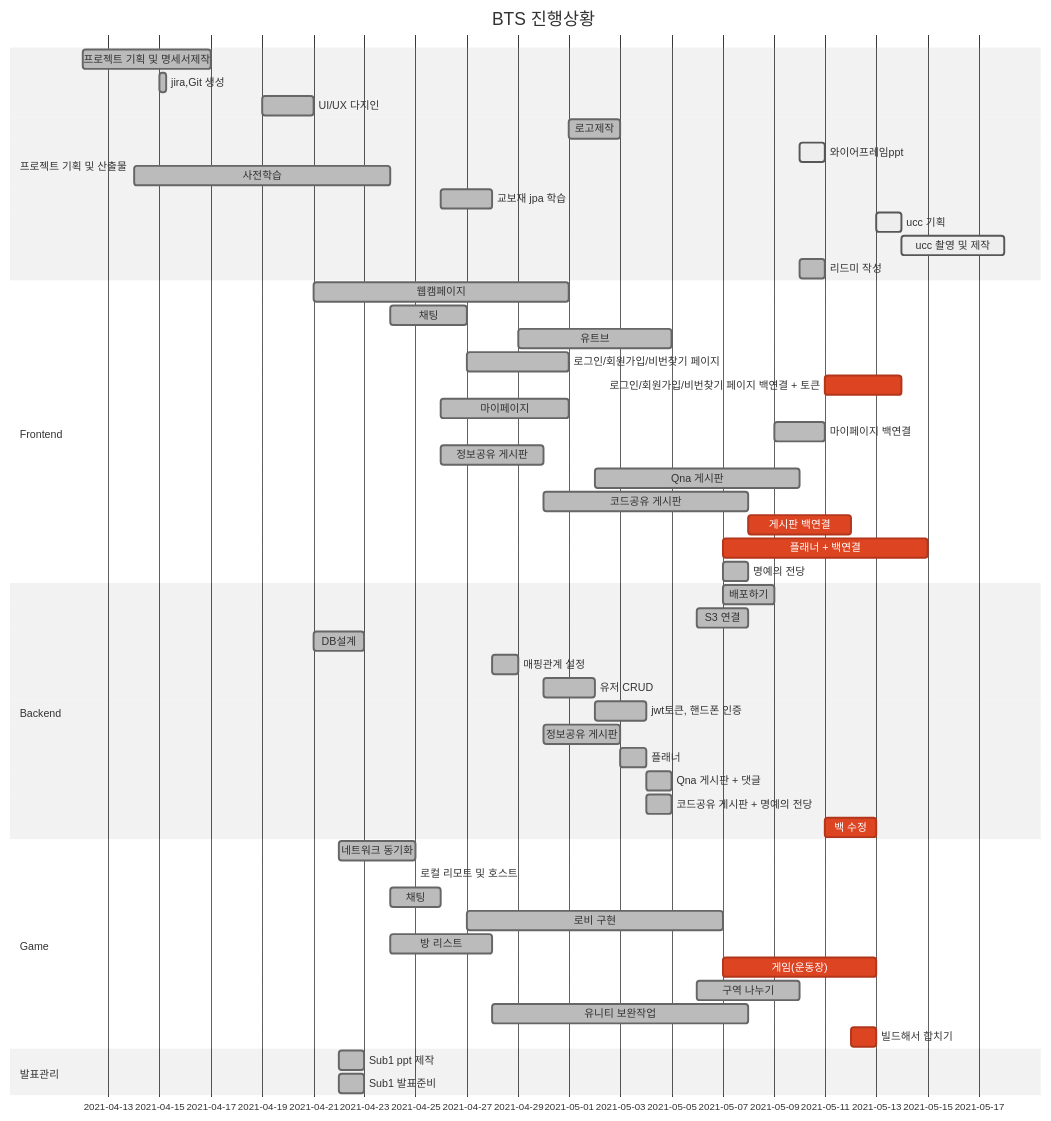
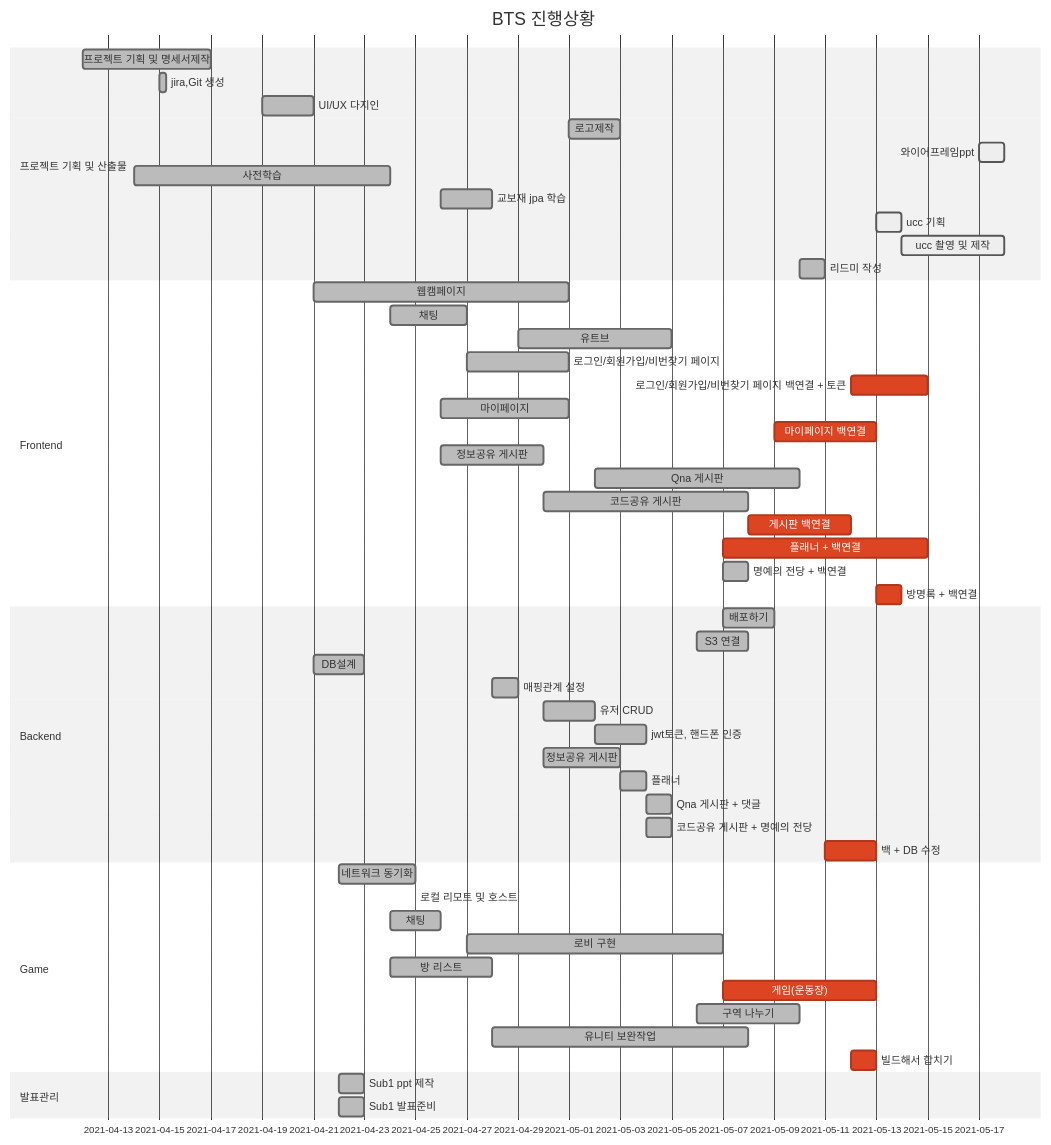
One commit to Luminousjiny/PJT_BTS changed the diagram in README.md. Above: the diagram before and after it, drawn with Mermaid (neutral theme).

Commit message:
간트차트 업데이트

````diff
--- a/README.md
+++ b/README.md
@@ -50,59 +50,60 @@
 ```mermaid
 gantt
     title BTS 진행상황
     dateFormat  YYYY-MM-DD
     section 프로젝트 기획 및 산출물
     프로젝트 기획 및 명세서제작 : done, 2021-04-12, 5d
     jira,Git 생성  :done, 2021-04-15, 6h
     UI/UX 다지인  : done,   2021-04-19, 2d
     로고제작 : done, 2021-05-01, 2d
-    와이어프레임ppt : active, 2021-05-10, 1d
+    와이어프레임ppt : active, 2021-05-17, 1d
     사전학습  : done, 2021-04-14, 10d
     교보재 jpa 학습 : done, 2021-04-26, 2d
     ucc 기획 : active, 2021-05-13, 1d
     ucc 촬영 및 제작 : active, 2021-05-14, 4d
     리드미 작성 : done, 2021-05-10, 1d
 
     section Frontend
     웹캠페이지 : done, 2021-04-21, 10d
     채팅 : done, 2021-04-24, 3d
     유트브 : done, 2021-04-29, 6d
     로그인/회원가입/비번찾기 페이지 : done, 2021-04-27, 4d
-    로그인/회원가입/비번찾기 페이지 백연결 + 토큰 : crit, 2021-05-11, 3d
+    로그인/회원가입/비번찾기 페이지 백연결 + 토큰 : crit, 2021-05-12, 3d
     마이페이지 : done, 2021-04-26, 5d
-    마이페이지 백연결 : done, 2021-05-09, 2d
+    마이페이지 백연결 : crit, 2021-05-09, 4d
     정보공유 게시판 : done, 2021-04-26, 4d
     Qna 게시판 : done, 2021-05-02, 8d
     코드공유 게시판 : done, 2021-04-30, 8d
     게시판 백연결 : crit, 2021-05-08, 4d
     플래너 + 백연결 : crit, 2021-05-07, 8d
-    명예의 전당 : done, 2021-05-07, 1d
+    명예의 전당 + 백연결 : done, 2021-05-07, 1d
+    방명록 + 백연결 : crit, 2021-05-13, 1d
     
     section Backend
     배포하기 : done, 2021-05-07, 2d
     S3 연결 : done, 2021-05-06, 2d
     DB설계 : done, 2021-04-21, 2d
     매핑관계 설정 : done, 2021-04-28, 1d
     유저 CRUD : done, 2021-04-30, 2d
     jwt토큰, 핸드폰 인증 : done, 2021-05-02,2d 
     정보공유 게시판 : done, 2021-04-30, 3d
     플래너 : done, 2021-05-03, 1d
     Qna 게시판 + 댓글 : done, 2021-05-04, 1d
     코드공유 게시판 + 명예의 전당 : done, 2021-05-04, 1d 
-    백 수정 : crit, 2021-05-11, 2d
+    백 + DB 수정 : crit, 2021-05-11, 2d
     
     section Game
 	네트워크 동기화 : done, 2021-04-22, 3d
 	로컬 리모트 및 호스트 : done, 2021-04-23 1d
 	채팅 : done, 2021-04-24, 2d
 	로비 구현 : done, 2021-04-27, 10d
     방 리스트 : done, 2021-04-24, 4d
     게임(운동장) : crit, 2021-05-07,6d
     구역 나누기 : done, 2021-05-06, 4d
     유니티 보완작업 : done, 2021-04-28, 10d
     빌드해서 합치기 : crit, 2021-05-12, 1d
     
     section 발표관리
     Sub1 ppt 제작 : done, 2021-04-22, 1d
     Sub1 발표준비 : done, 2021-04-22, 1d
 ```
````
